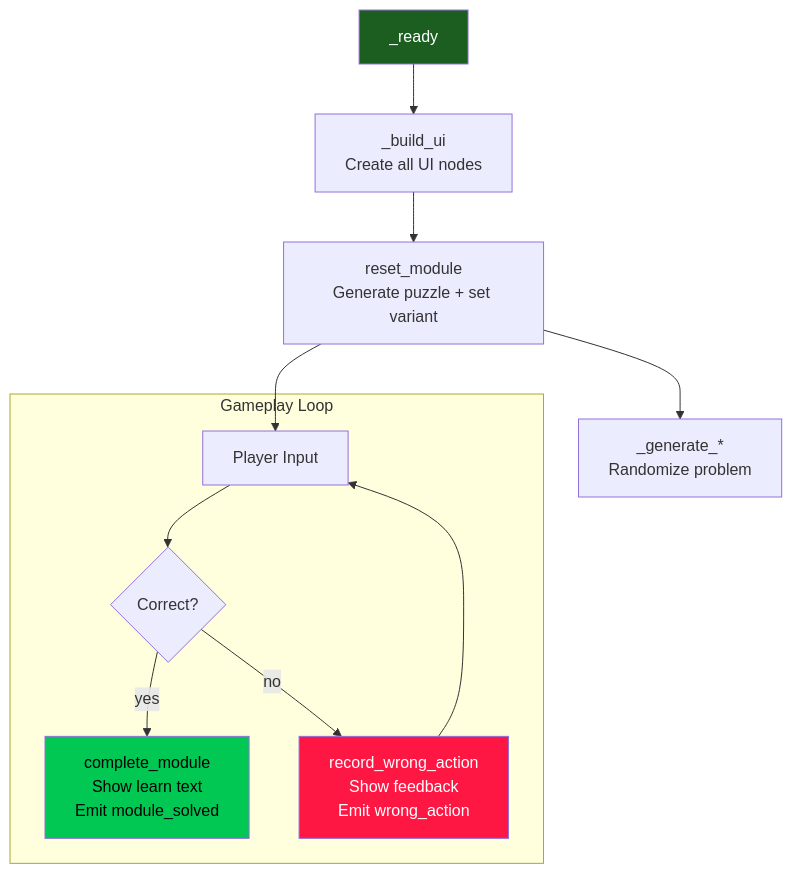
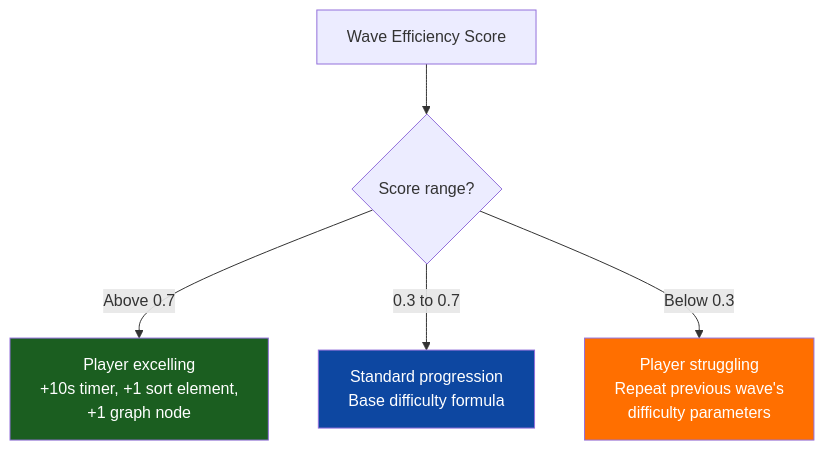
Before and after one commit to pouriamrt/algorithm-defusal-game: the second of 3 diagrams in README.md, drawn with Mermaid. The commit also changed other lines of this file, not shown here.

First line of the commit message:
docs: streamline README — keep best diagrams, enhance text throughout

````diff
--- a/README.md
+++ b/README.md
@@ -223,19 +175,11 @@
 ```mermaid
 graph TD
-    R[_ready] --> BU[_build_ui<br/>Create all UI nodes]
-    BU --> RM[reset_module<br/>Generate puzzle + set variant]
-    RM --> GEN[_generate_*<br/>Randomize problem]
+    PERF[Wave Efficiency Score] --> CHECK{Score range?}
+    CHECK -->|Above 0.7| BONUS[Player excelling<br/>+10s timer, +1 sort element,<br/>+1 graph node]
+    CHECK -->|0.3 to 0.7| NORMAL[Standard progression<br/>Base difficulty formula]
+    CHECK -->|Below 0.3| MERCY[Player struggling<br/>Repeat previous wave's<br/>difficulty parameters]
 
-    subgraph Gameplay Loop
-        INPUT[Player Input] --> VALIDATE{Correct?}
-        VALIDATE -->|yes| SOLVE[complete_module<br/>Show learn text<br/>Emit module_solved]
-        VALIDATE -->|no| PENALTY[record_wrong_action<br/>Show feedback<br/>Emit wrong_action]
-        PENALTY --> INPUT
-    end
-
-    RM --> INPUT
-
-    style R fill:#1b5e20,color:#fff
-    style SOLVE fill:#00c853,color:#000
-    style PENALTY fill:#ff1744,color:#fff
+    style BONUS fill:#1b5e20,color:#fff
+    style NORMAL fill:#0d47a1,color:#fff
+    style MERCY fill:#ff6f00,color:#fff
 ```
````
